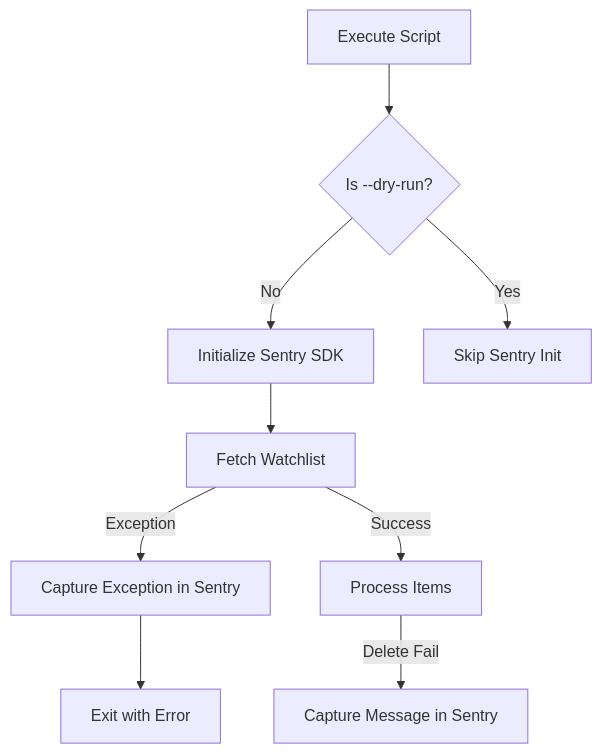
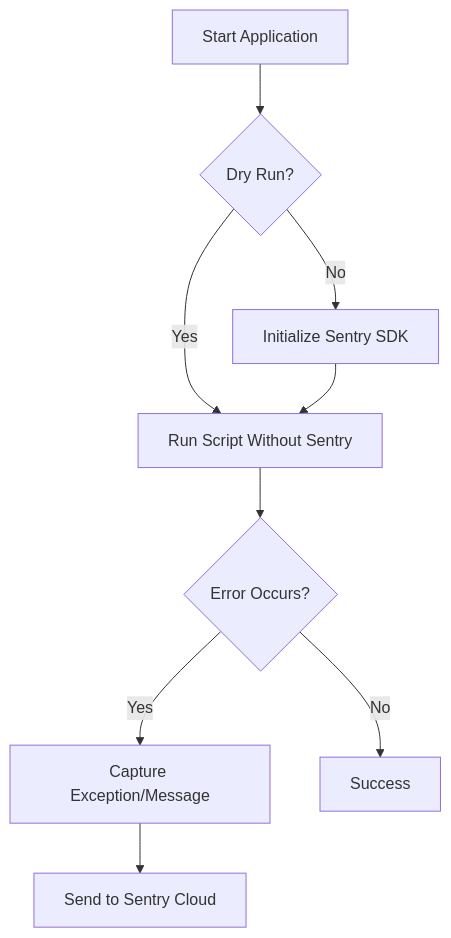
Before and after one commit to Avkroken/Docker-idempotent-update: the first of 2 diagrams in .cubic/wiki/09-sec-troubleshooting/02-page-bug-reports.md, drawn with Mermaid. The commit also changed other lines of this file and 42 other files, not shown here.

````diff
--- a/.cubic/wiki/09-sec-troubleshooting/02-page-bug-reports.md
+++ b/.cubic/wiki/09-sec-troubleshooting/02-page-bug-reports.md
@@ -46,11 +34,11 @@
 ```mermaid
 flowchart TD
-    Start[Execute Script] --> CheckDry{Is --dry-run?}
-    CheckDry -- No --> InitSentry[Initialize Sentry SDK]
-    CheckDry -- Yes --> SkipSentry[Skip Sentry Init]
-    InitSentry --> Fetch[Fetch Watchlist]
-    Fetch -- Exception --> CaptureErr[Capture Exception in Sentry]
-    CaptureErr --> Exit[Exit with Error]
-    Fetch -- Success --> Process[Process Items]
-    Process -- Delete Fail --> CaptureMsg[Capture Message in Sentry]
+    Start[Start Application] --> CheckDryRun{Dry Run?}
+    CheckDryRun -- No --> InitSentry[Initialize Sentry SDK]
+    CheckDryRun -- Yes --> RunScript[Run Script Without Sentry]
+    InitSentry --> RunScript
+    RunScript --> ErrorOccur{Error Occurs?}
+    ErrorOccur -- Yes --> Capture[Capture Exception/Message]
+    Capture --> SendSentry[Send to Sentry Cloud]
+    ErrorOccur -- No --> End[Success]
 ```
````
